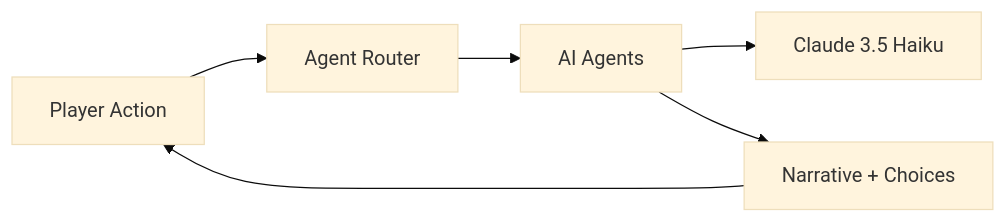
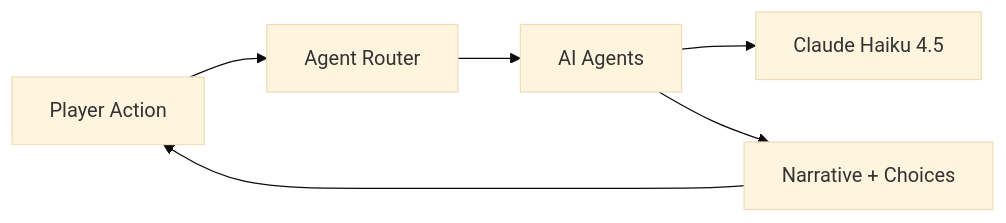
Before and after one commit to darth-dodo/pocket-portals: the diagram in README.md, drawn with Mermaid (base theme). The commit also changed 21 other files, not shown here.

````diff
--- a/README.md
+++ b/README.md
@@ -121,8 +121,8 @@
 ```mermaid
 flowchart LR
     Player[Player Action] --> Router[Agent Router]
     Router --> Agents[AI Agents]
-    Agents --> Claude[Claude 3.5 Haiku]
+    Agents --> Claude[Claude Haiku 4.5]
     Agents --> Story[Narrative + Choices]
     Story --> Player
 ```
````
